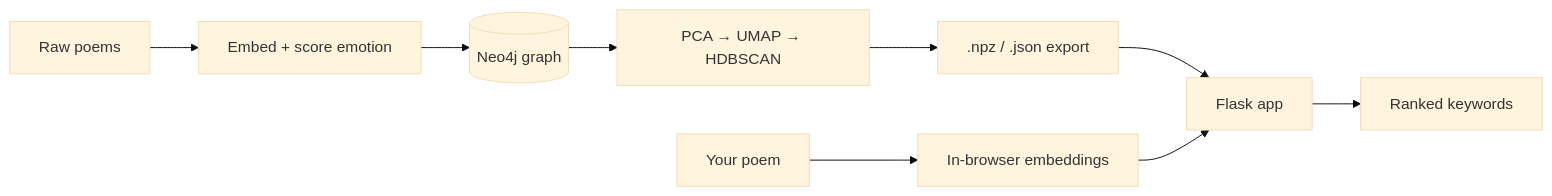
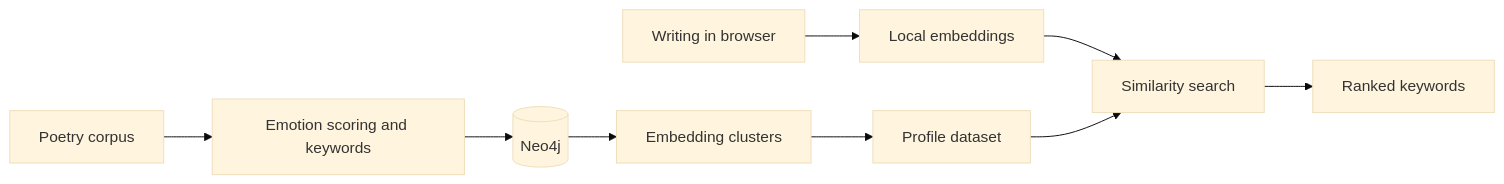
One commit to Janos33/Project-Epithet changed the diagram in README.md. Above: the diagram before and after it, drawn with Mermaid (base theme). The commit also changed other lines of this file, not shown here.

````diff
--- a/README.md
+++ b/README.md
@@ -78,11 +57,11 @@
 ```mermaid
 flowchart LR
-    A[Raw poems] --> B[Embed + score emotion]
-    B --> C[(Neo4j graph)]
-    C --> D[PCA → UMAP → HDBSCAN]
-    D --> E[".npz / .json export"]
-    E --> F[Flask app]
-    G[Your poem] --> H[In-browser embeddings]
-    H --> F
-    F --> I[Ranked keywords]
+    A[Poetry corpus] --> B[Emotion scoring and keywords]
+    B --> C[(Neo4j)]
+    C --> D[Embedding clusters]
+    D --> E[Profile dataset]
+    F[Writing in browser] --> G[Local embeddings]
+    G --> H[Similarity search]
+    E --> H
+    H --> I[Ranked keywords]
 ```
````
